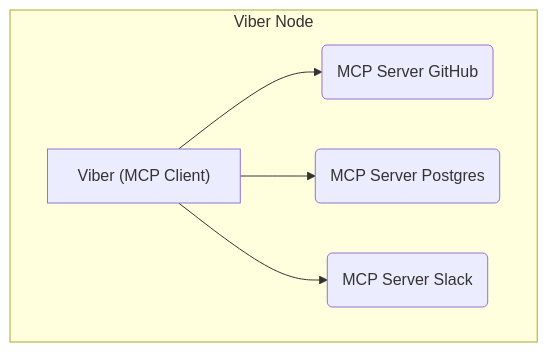
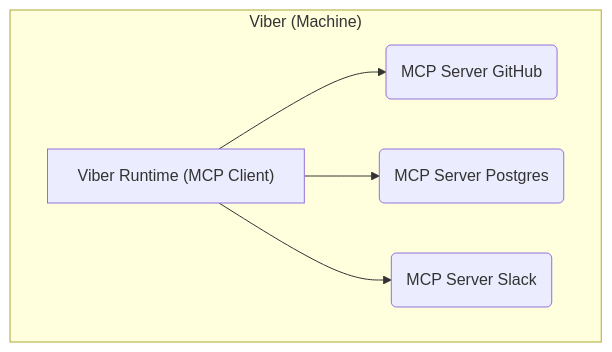
Before and after one commit to dustland/openviber: the first of 2 diagrams in docs/design/mcp-integration.md, drawn with Mermaid. The commit also changed other lines of this file and 16 other files, not shown here.

First line of the commit message:
docs: migrate terminology to Viber (machine) and Task (worker)

````diff
--- a/docs/design/mcp-integration.md
+++ b/docs/design/mcp-integration.md
@@ -14,9 +14,9 @@
 ```mermaid
 graph TD
-    subgraph Node["Viber Node"]
-        Viber["Viber (MCP Client)"]
-        Viber --> MCPS1(MCP Server GitHub)
-        Viber --> MCPS2(MCP Server Postgres)
-        Viber --> MCPS3(MCP Server Slack)
+    subgraph Viber["Viber (Machine)"]
+        Runtime["Viber Runtime (MCP Client)"]
+        Runtime --> MCPS1(MCP Server GitHub)
+        Runtime --> MCPS2(MCP Server Postgres)
+        Runtime --> MCPS3(MCP Server Slack)
     end
 ```
````
